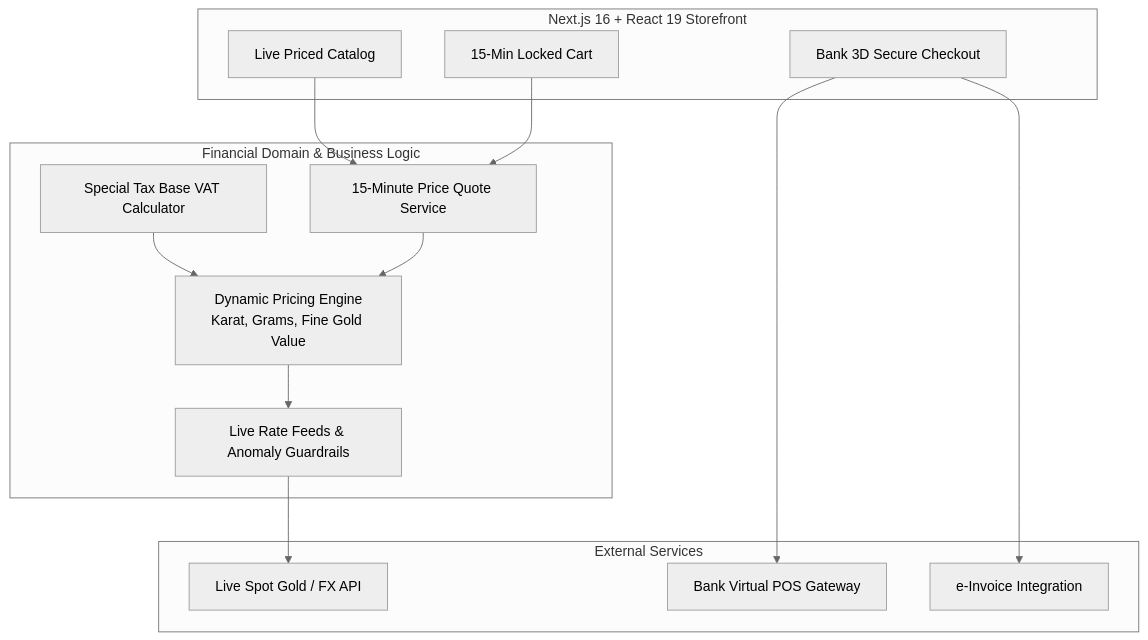
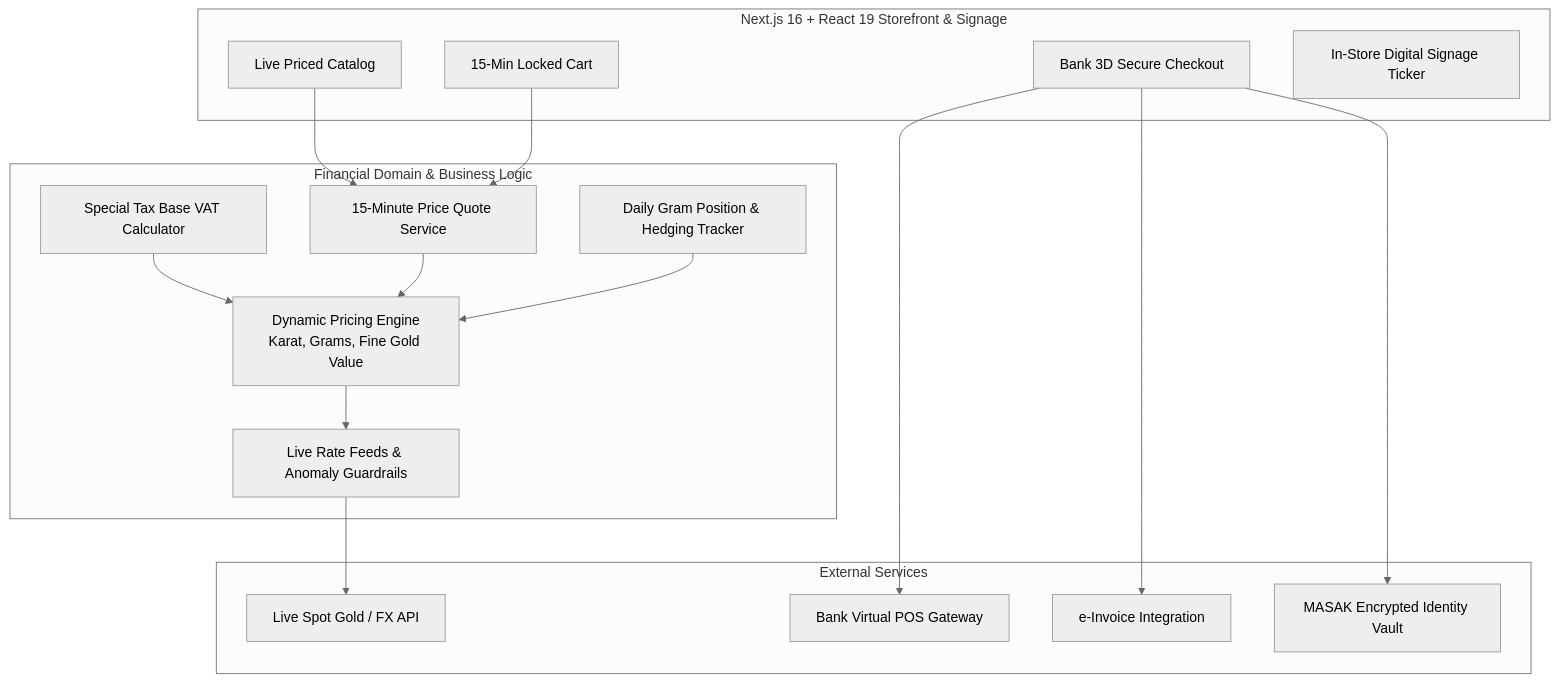
One commit to CeyhunOzcorapsiz/kuyumcu-showcase changed the diagram in README.md. Above: the diagram before and after it, drawn with Mermaid (neutral theme). The commit also changed other lines of this file and 4 other files, not shown here.

Commit message:
docs: add cart price hold, fine gold position, and MASAK KYC audit screenshots

````diff
--- a/README.md
+++ b/README.md
@@ -36,28 +51,33 @@
 ```mermaid
 flowchart TB
-    subgraph UI["Next.js 16 + React 19 Storefront"]
+    subgraph UI["Next.js 16 + React 19 Storefront & Signage"]
         VTR["Live Priced Catalog"]
         SPT["15-Min Locked Cart"]
         OD["Bank 3D Secure Checkout"]
+        DISP["In-Store Digital Signage Ticker"]
     end
     subgraph ENGINE["Financial Domain & Business Logic"]
         PRC["Dynamic Pricing Engine<br/>Karat, Grams, Fine Gold Value"]
         VAT["Special Tax Base VAT Calculator"]
         LCK["15-Minute Price Quote Service"]
         SRC["Live Rate Feeds & Anomaly Guardrails"]
+        HEDGE["Daily Gram Position & Hedging Tracker"]
     end
     subgraph EXT["External Services"]
         GOLD["Live Spot Gold / FX API"]
         BANK["Bank Virtual POS Gateway"]
         INV["e-Invoice Integration"]
+        KYC["MASAK Encrypted Identity Vault"]
     end
 
     SRC --> GOLD
     PRC --> SRC
     VAT --> PRC
     LCK --> PRC
     VTR --> LCK
     SPT --> LCK
     OD --> BANK
     OD --> INV
+    HEDGE --> PRC
+    OD --> KYC
 ```
````
